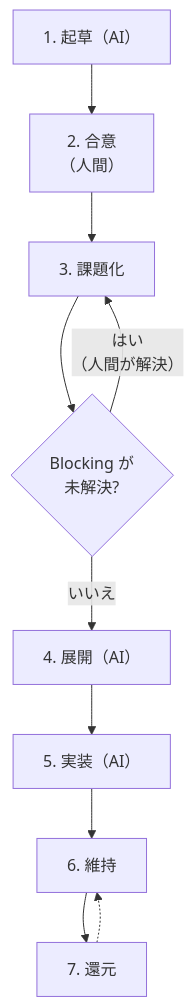
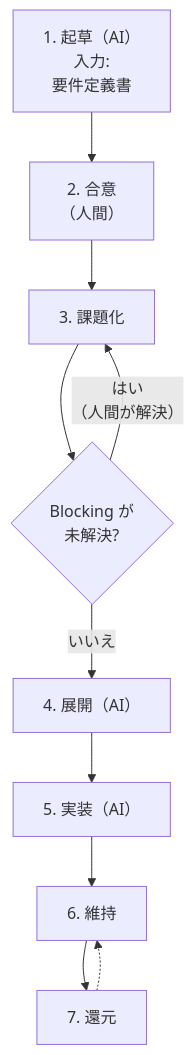
Before and after one commit to toshio-shiratori/harness-test-strategy: the fourth of 4 diagrams in docs/testing/03-trs-guideline.md, drawn with Mermaid. The commit also changed other lines of this file and 6 other files, not shown here.

````diff
--- a/docs/testing/03-trs-guideline.md
+++ b/docs/testing/03-trs-guideline.md
@@ -274,15 +313,15 @@
 ```mermaid
 flowchart TB
-  S1["1. 起草（AI）"]
+  S1["1. 起草（AI）<br/>入力:<br/>要件定義書"]
   S2["2. 合意<br/>（人間）"]
   S3["3. 課題化"]
   G{"Blocking が<br/>未解決?"}
   S4["4. 展開（AI）"]
   S5["5. 実装（AI）"]
   S6["6. 維持"]
   S7["7. 還元"]
   S1 --> S2 --> S3 --> G
   G -- "はい<br/>（人間が解決）" --> S3
   G -- "いいえ" --> S4 --> S5 --> S6 --> S7
   S7 -.-> S6
 ```
````
